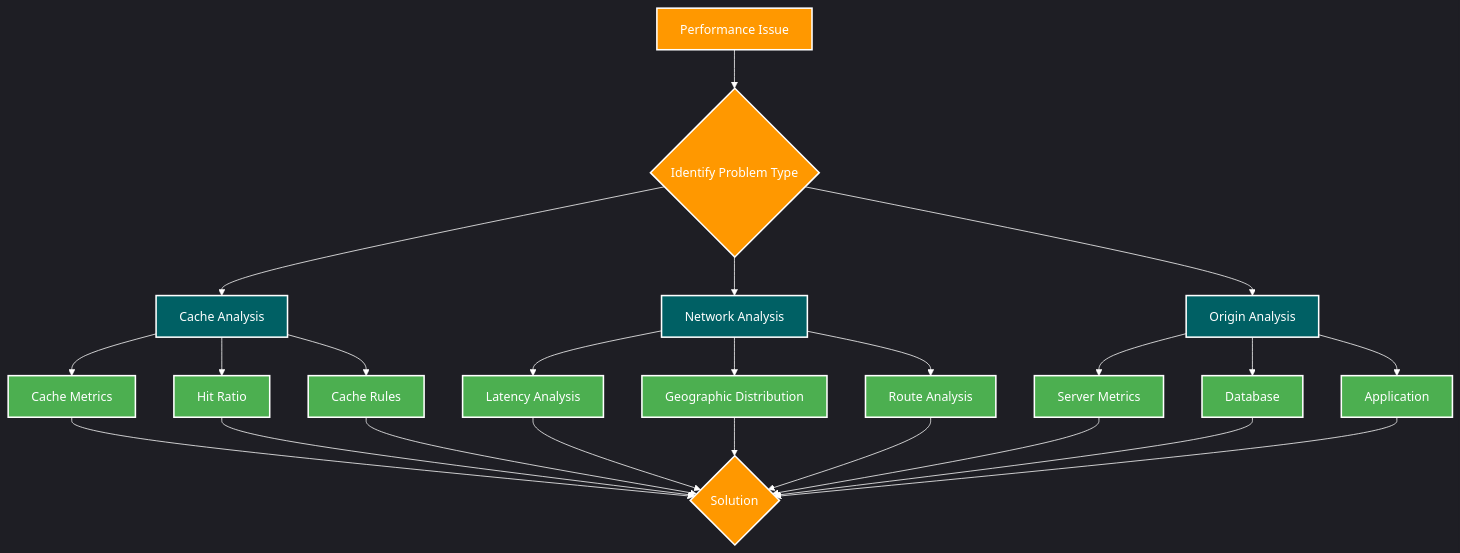
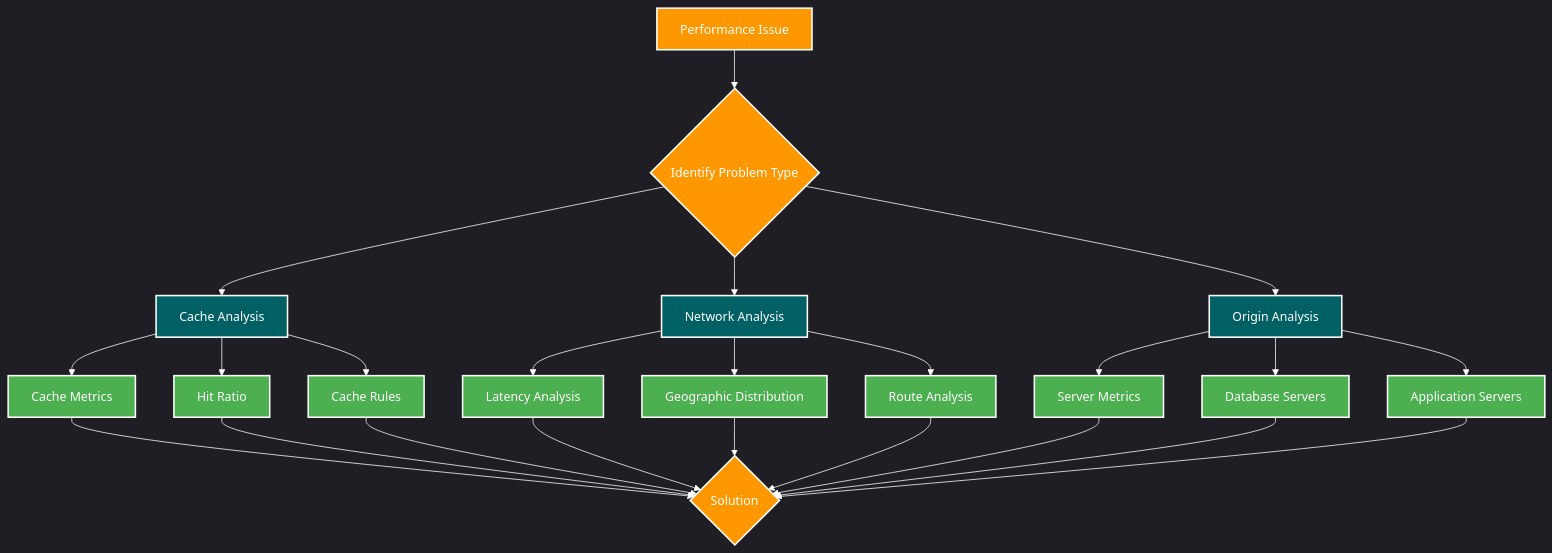
One commit to erfianugrah/cloudflare_api_scripts changed the diagram in cdn-analyser/slides/dist/cdn.qmd. Above: the diagram before and after it, drawn with Mermaid. The commit also changed other lines of this file and 2 other files, not shown here.

````diff
--- a/cdn-analyser/slides/dist/cdn.qmd
+++ b/cdn-analyser/slides/dist/cdn.qmd
@@ -148,52 +133,52 @@
 ```{mermaid}
 %%{init: {
   'theme': 'dark',
   'themeVariables': {
     'primaryColor': '#ff9800',
     'primaryTextColor': '#fff',
     'primaryBorderColor': '#fff',
     'lineColor': '#fff',
     'secondaryColor': '#006064',
     'tertiaryColor': '#4caf50',
     'mainBkg': '#2d3436',
     'nodeBorder': '#ff9800',
     'clusterBkg': '#2d3436',
     'clusterBorder': '#ff9800'
   }
 }}%%
 graph TB
     Start[Performance Issue] --> Identify{Identify Problem Type}
     Identify --> Cache[Cache Analysis]
     Identify --> Network[Network Analysis]
     Identify --> Origin[Origin Analysis]
     
     Cache --> CacheMetrics[Cache Metrics]
     Cache --> HitRatio[Hit Ratio]
     Cache --> CacheRules[Cache Rules]
     
     Network --> Latency[Latency Analysis]
     Network --> Routes[Route Analysis]
     Network --> Geo[Geographic Distribution]
     
     Origin --> Server[Server Metrics]
-    Origin --> Database[Database]
-    Origin --> Application[Application]
+    Origin --> Database[Database Servers]
+    Origin --> Application[Application Servers]
     
     CacheMetrics --> Solution{Solution}
     HitRatio --> Solution
     CacheRules --> Solution
     Latency --> Solution
     Geo --> Solution
     Routes --> Solution
     Server --> Solution
     Database --> Solution
     Application --> Solution
 
     classDef orange fill:#ff9800,stroke:#fff,stroke-width:2px,color:#fff;
     classDef blue fill:#006064,stroke:#fff,stroke-width:2px,color:#fff;
     classDef green fill:#4caf50,stroke:#fff,stroke-width:2px,color:#fff;
 
     class Start,Identify,Solution orange;
     class Cache,Network,Origin blue;
     class CacheMetrics,HitRatio,CacheRules,Latency,Routes,SSL,Server,Database,Application,Geo green;
 ```
````
